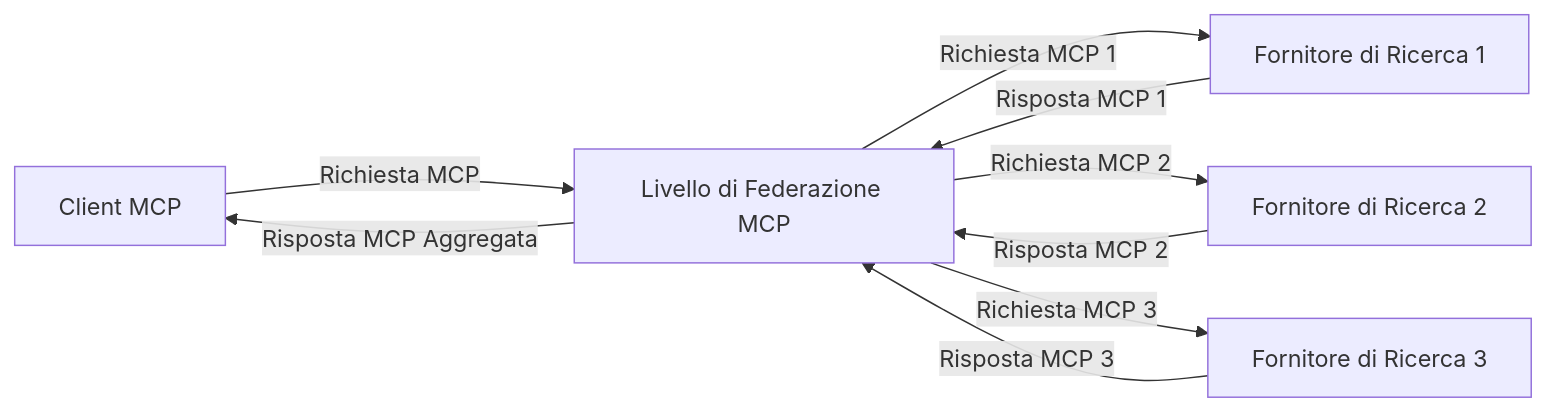
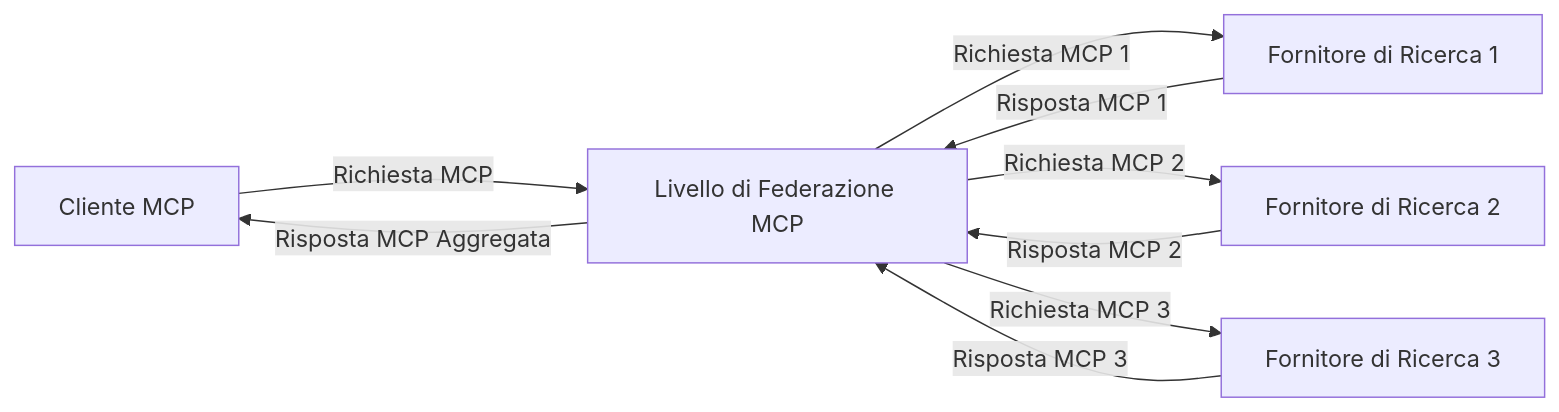
One commit to microsoft/mcp-for-beginners changed the third of 4 diagrams in translations/it/05-AdvancedTopics/mcp-realtimesearch/README.md. Above: the diagram before and after it, drawn with Mermaid. The commit also changed other lines of this file and 134 other files, not shown here.

````diff
--- a/translations/it/05-AdvancedTopics/mcp-realtimesearch/README.md
+++ b/translations/it/05-AdvancedTopics/mcp-realtimesearch/README.md
@@ -610,11 +612,11 @@
 ```mermaid
 graph LR
-    Client[Client MCP] --> |Richiesta MCP| Federation[Livello di Federazione MCP]
+    Client[Cliente MCP] --> |Richiesta MCP| Federation[Livello di Federazione MCP]
     Federation --> |Richiesta MCP 1| Search1[Fornitore di Ricerca 1]
     Federation --> |Richiesta MCP 2| Search2[Fornitore di Ricerca 2]
     Federation --> |Richiesta MCP 3| Search3[Fornitore di Ricerca 3]
     Search1 --> |Risposta MCP 1| Federation
     Search2 --> |Risposta MCP 2| Federation
     Search3 --> |Risposta MCP 3| Federation
     Federation --> |Risposta MCP Aggregata| Client
 ```
````
